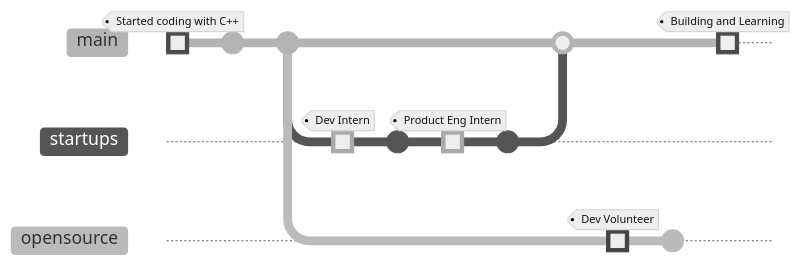
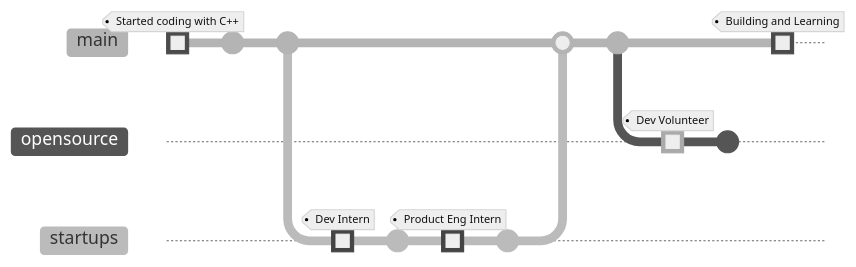
The diagram in README.md (seyLu/seyLu), drawn with Mermaid (neutral theme) before and after one commit. The commit also changed other lines of this file and 1 other file, not shown here. Commit ids are hidden.

Commit message:
chore: reorder branch

````diff
--- a/README.md
+++ b/README.md
@@ -32,20 +32,21 @@
 ```mermaid
     gitGraph
         commit id: "age 13" type: HIGHLIGHT tag: "Started coding with C++"
         commit
         commit
-        branch startups
-        branch opensource
+        branch startups order: 2
         checkout startups
         commit id: "DICE205" type: HIGHLIGHT tag: "Dev Intern"
         commit
         commit id: "ErudiFi" type: HIGHLIGHT tag: "Product Eng Intern"
         commit
         checkout main
         merge startups
+        commit
+        branch opensource order: 1
         checkout opensource
         commit id: "medrec" type: HIGHLIGHT tag: "Dev Volunteer"
         commit
         checkout main
         commit id: "Python Dev" type: HIGHLIGHT tag: "Building and Learning"
 ```
````
